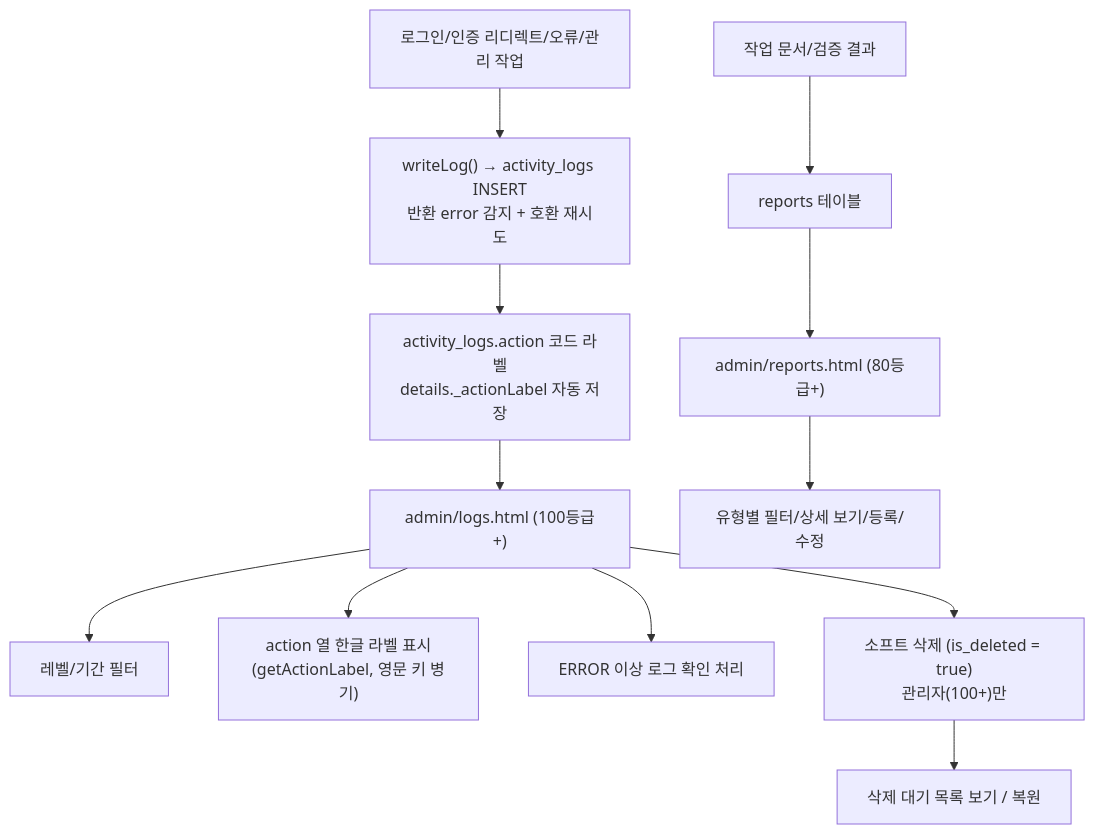
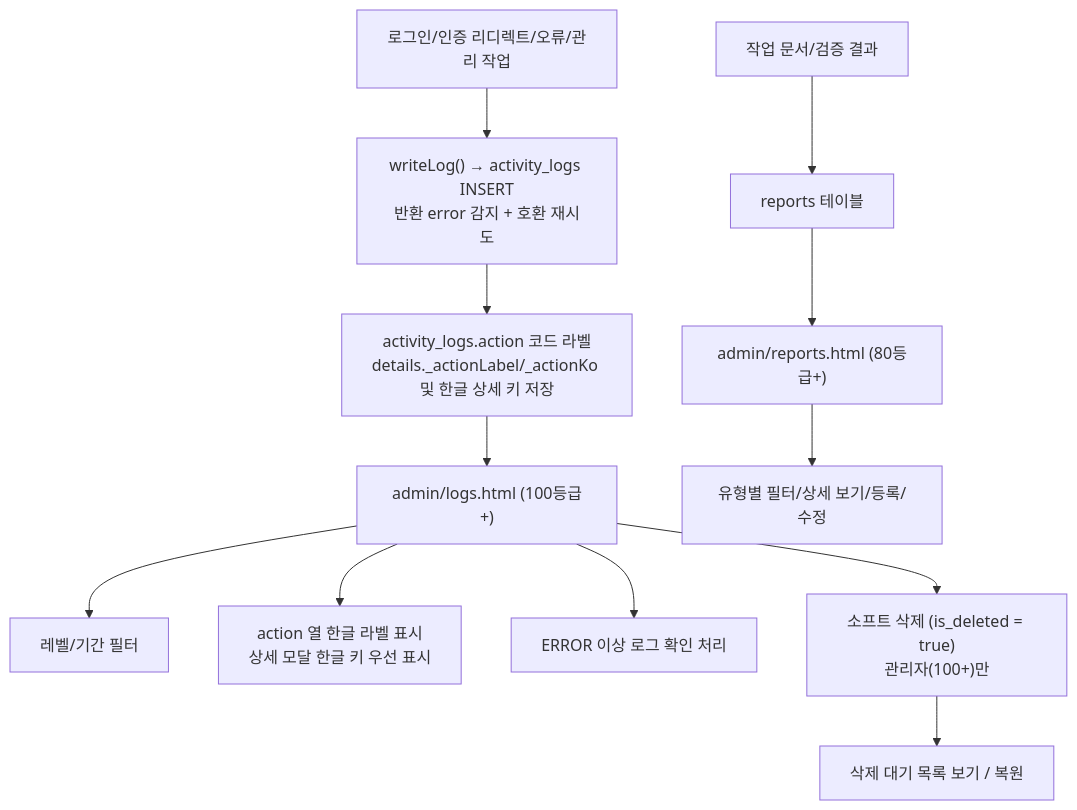
One commit to CHO-Talents-Test/CHO-Talents-Test changed diagram 13 of 16 in docs/PROJECT_ARCHITECTURE_FLOW.md. Above: the diagram before and after it, drawn with Mermaid. The commit also changed other lines of this file and 16 other files, not shown here.

````diff
--- a/docs/PROJECT_ARCHITECTURE_FLOW.md
+++ b/docs/PROJECT_ARCHITECTURE_FLOW.md
@@ -557,15 +564,15 @@
 ```mermaid
 flowchart TD
   Event["로그인/인증 리디렉트/오류/관리 작업"] --> WriteLog["writeLog() → activity_logs INSERT<br/>반환 error 감지 + 호환 재시도"]
-  WriteLog --> ActionLabel["activity_logs.action 코드 라벨<br/>details._actionLabel 자동 저장"]
+  WriteLog --> ActionLabel["activity_logs.action 코드 라벨<br/>details._actionLabel/_actionKo 및 한글 상세 키 저장"]
   ActionLabel --> Logs["admin/logs.html (100등급+)"]
   Logs --> Filter["레벨/기간 필터"]
-  Logs --> KoLabel["action 열 한글 라벨 표시<br/>(getActionLabel, 영문 키 병기)"]
+  Logs --> KoLabel["action 열 한글 라벨 표시<br/>상세 모달 한글 키 우선 표시"]
   Logs --> Ack["ERROR 이상 로그 확인 처리"]
   Logs --> SoftDel["소프트 삭제 (is_deleted = true)<br/>관리자(100+)만"]
   SoftDel --> DelView["삭제 대기 목록 보기 / 복원"]
 
   Docs["작업 문서/검증 결과"] --> ReportsTable["reports 테이블"]
   ReportsTable --> Reports["admin/reports.html (80등급+)"]
   Reports --> ReportView["유형별 필터/상세 보기/등록/수정"]
 ```
````
